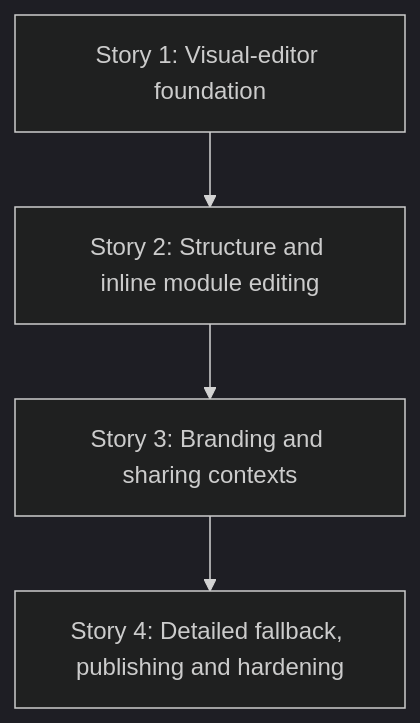
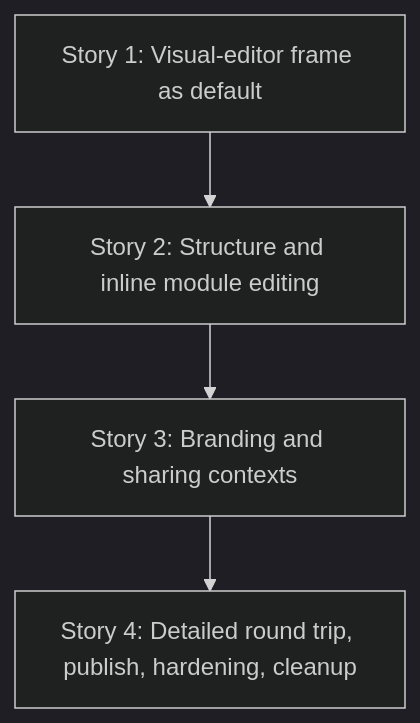
The diagram in td/TD55-HOTSITE-VISUAL-EDITOR-UX.md (lmmoreira/ikaro), drawn with Mermaid (dark theme) before and after one commit. The commit also changed other lines of this file, not shown here.

First line of the commit message:
docs(td55): review hotsite visual-editor TD against the code and tests

````diff
--- a/td/TD55-HOTSITE-VISUAL-EDITOR-UX.md
+++ b/td/TD55-HOTSITE-VISUAL-EDITOR-UX.md
@@ -39,6 +43,6 @@
 ```mermaid
 graph TD
-  S1["Story 1: Visual-editor foundation"] --> S2["Story 2: Structure and inline module editing"]
+  S1["Story 1: Visual-editor frame as default"] --> S2["Story 2: Structure and inline module editing"]
   S2 --> S3["Story 3: Branding and sharing contexts"]
-  S3 --> S4["Story 4: Detailed fallback, publishing and hardening"]
+  S3 --> S4["Story 4: Detailed round trip, publish, hardening, cleanup"]
 ```
````
